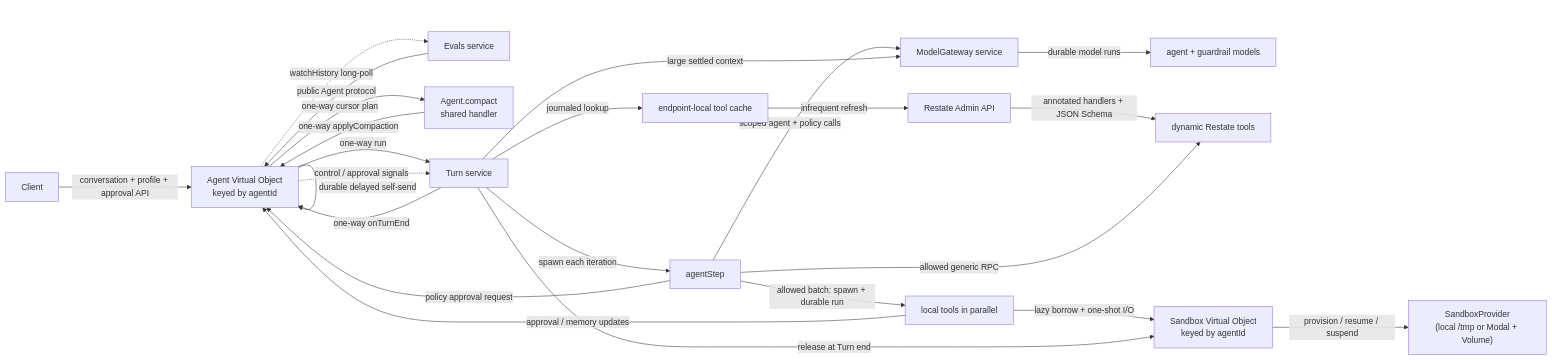
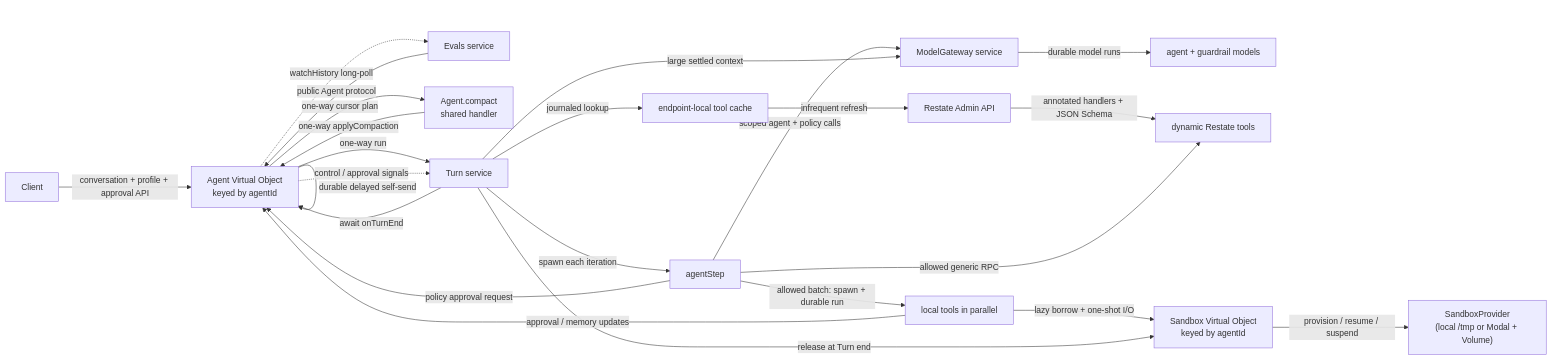
One commit to restatedev/agent changed the diagram in README.md. Above: the diagram before and after it, drawn with Mermaid. The commit also changed other lines of this file and 10 other files, not shown here.

````diff
--- a/README.md
+++ b/README.md
@@ -82,26 +94,26 @@
 ```mermaid
 flowchart LR
   Client -->|"conversation + profile + approval API"| Agent["Agent Virtual Object\nkeyed by agentId"]
   Agent -->|"one-way run"| Turn["Turn service"]
   Agent -->|"durable delayed self-send"| Agent
   Agent -.->|"control / approval signals"| Turn
   Turn -->|"spawn each iteration"| Step["agentStep"]
   Step -->|"scoped agent + policy calls"| Gateway["ModelGateway service"]
   Gateway -->|"durable model runs"| Model["agent + guardrail models"]
   Step -->|"allowed batch: spawn + durable run"| Tools["local tools in parallel"]
   Turn -->|"journaled lookup"| Cache["endpoint-local tool cache"]
   Cache -->|"infrequent refresh"| Admin["Restate Admin API"]
   Admin -->|"annotated handlers + JSON Schema"| Dynamic["dynamic Restate tools"]
   Step -->|"allowed generic RPC"| Dynamic
   Step -->|"policy approval request"| Agent
   Tools -->|"approval / memory updates"| Agent
   Tools -->|"lazy borrow + one-shot I/O"| Sandbox["Sandbox Virtual Object\nkeyed by agentId"]
   Turn -->|"release at Turn end"| Sandbox
   Sandbox -->|"provision / resume / suspend"| Provider["SandboxProvider\n(local /tmp or Modal + Volume)"]
   Turn -->|"large settled context"| Gateway
-  Turn -->|"one-way onTurnEnd"| Agent
+  Turn -->|"await onTurnEnd"| Agent
   Eval["Evals service"] -->|"public Agent protocol"| Agent
   Agent -.->|"watchHistory long-poll"| Eval
   Agent -->|"one-way cursor plan"| Compactor["Agent.compact\nshared handler"]
   Compactor -->|"one-way applyCompaction"| Agent
 ```
````
